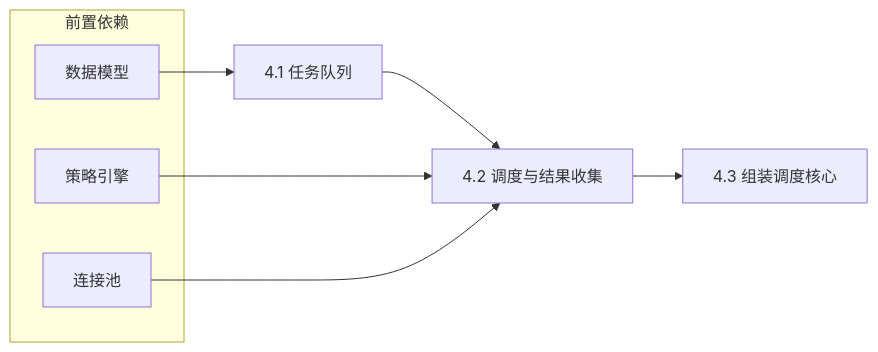
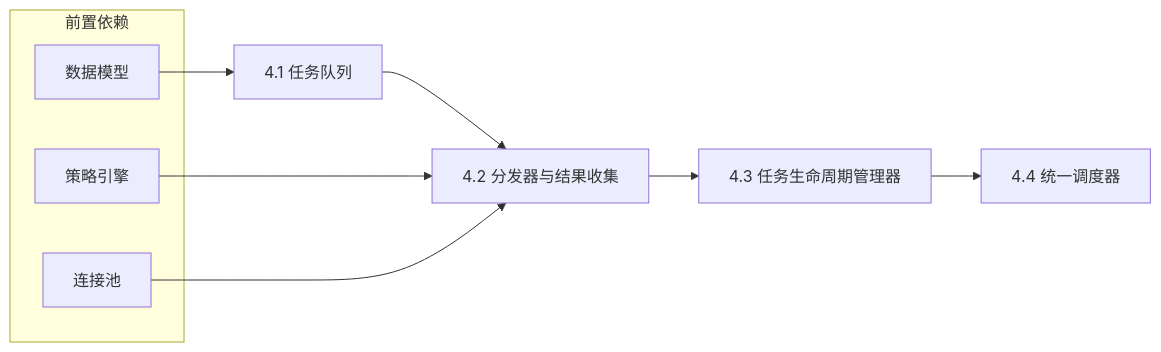
The fifth of 6 diagrams in depOps.md (zorro-gridi/ray_multicluster_scheduler), drawn with Mermaid before and after one commit. The commit also changed other lines of this file and 131 other files, not shown here.

````diff
--- a/depOps.md
+++ b/depOps.md
@@ -444,14 +664,15 @@
 ```mermaid
 flowchart LR
     subgraph PreReq [前置依赖]
         P1[数据模型]
         P2[策略引擎]
         P3[连接池]
     end
 
     P1 --> A;
-    A[4.1 任务队列] --> B[4.2 调度与结果收集];
+    A[4.1 任务队列] --> B[4.2 分发器与结果收集];
     P2 --> B;
     P3 --> B;
-    B --> C[4.3 组装调度核心];
+    B --> C[4.3 任务生命周期管理器];
+    C --> D[4.4 统一调度器];
 ```
````
